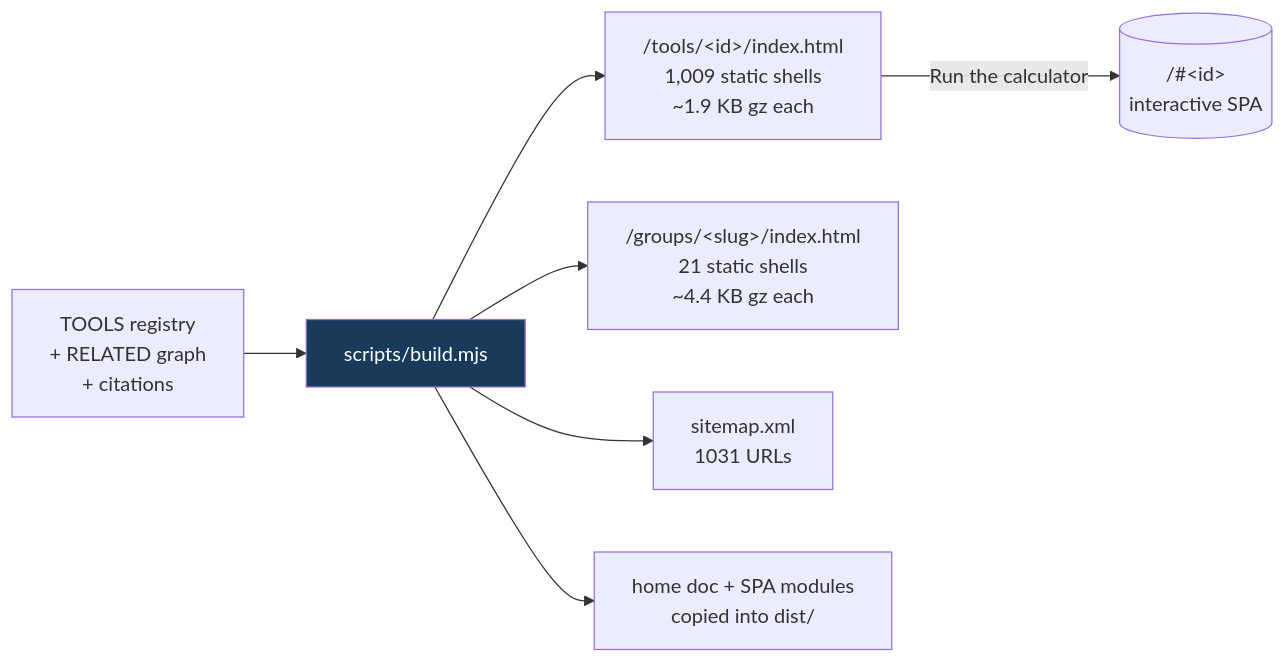
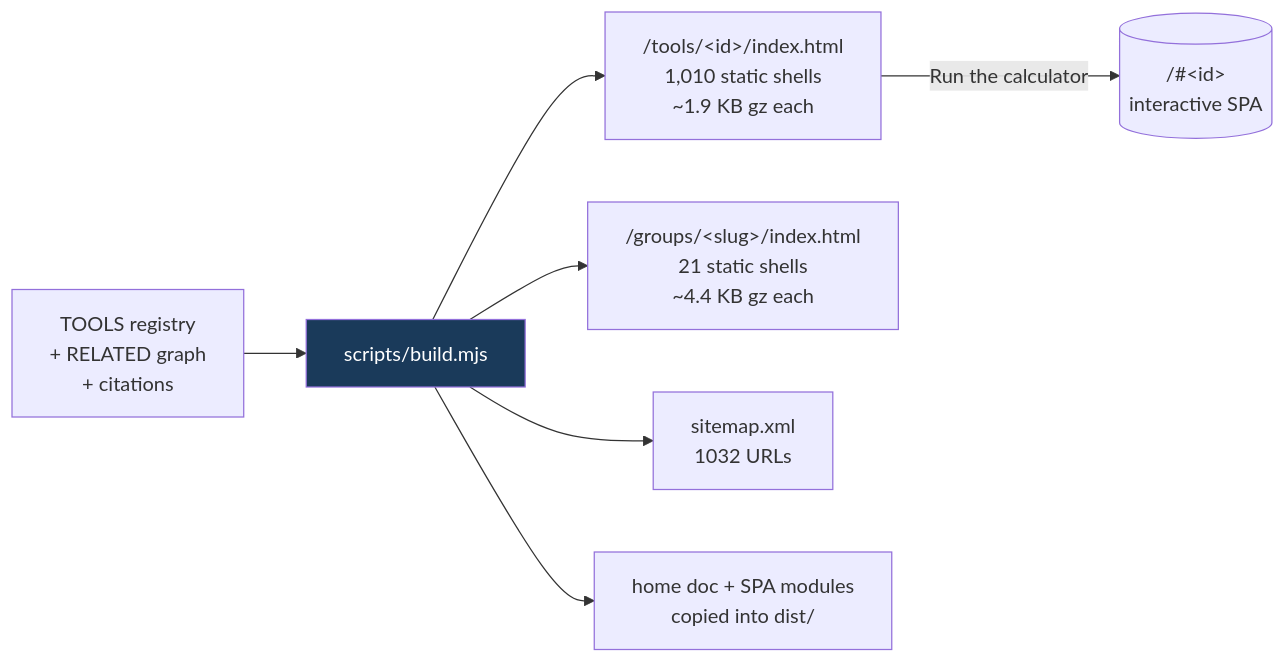
One commit to clay-good/roughlogic.com changed the fifth of 8 diagrams in README.md. Above: the diagram before and after it, drawn with Mermaid. The commit also changed other lines of this file and 14 other files, not shown here.

````diff
--- a/README.md
+++ b/README.md
@@ -495,10 +495,10 @@
 ```mermaid
 flowchart LR
     SRC[TOOLS registry\n+ RELATED graph\n+ citations] --> BUILD[scripts/build.mjs]
-    BUILD --> TILE["/tools/&lt;id&gt;/index.html\n1,009 static shells\n~1.9 KB gz each"]
+    BUILD --> TILE["/tools/&lt;id&gt;/index.html\n1,010 static shells\n~1.9 KB gz each"]
     BUILD --> GROUP["/groups/&lt;slug&gt;/index.html\n21 static shells\n~4.4 KB gz each"]
-    BUILD --> MAP["sitemap.xml\n1031 URLs"]
+    BUILD --> MAP["sitemap.xml\n1032 URLs"]
     BUILD --> COPY[home doc + SPA modules\ncopied into dist/]
     TILE -->|Run the calculator| SPA[("/#&lt;id&gt;\ninteractive SPA")]
     style BUILD fill:#1a3a5a,color:#fff
 ```
````
